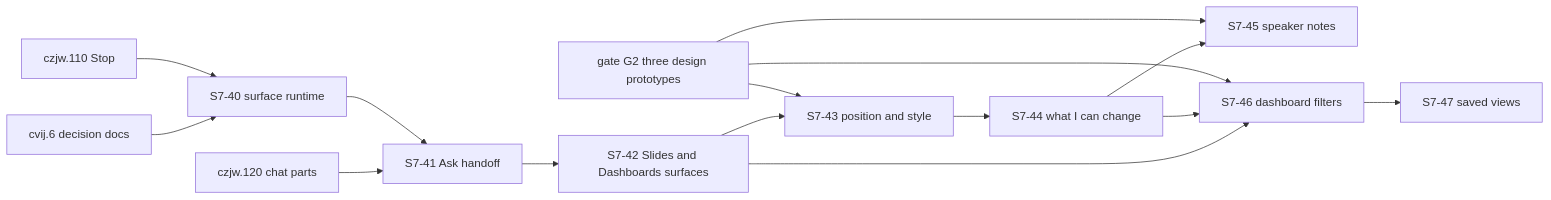
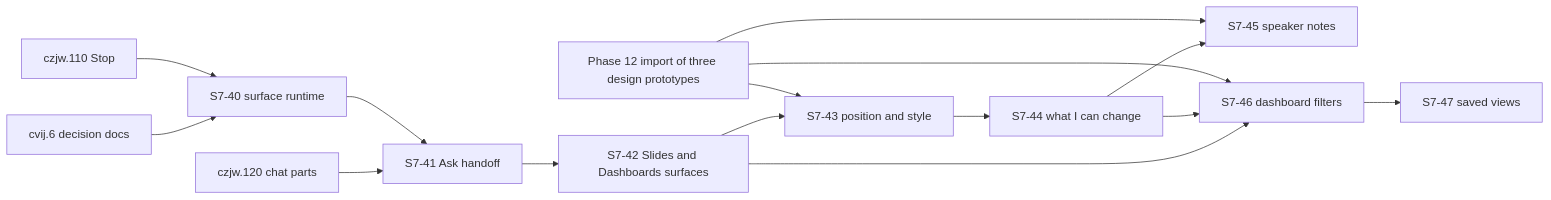
One commit to kenan-xin/genie-ops-center-v2 changed the second of 2 diagrams in docs/tickets/spec-7/README.md. Above: the diagram before and after it, drawn with Mermaid. The commit also changed other lines of this file and 76 other files, not shown here.

First line of the commit message:
docs(design): import the picked wave 5 prototypes

````diff
--- a/docs/tickets/spec-7/README.md
+++ b/docs/tickets/spec-7/README.md
@@ -127,17 +127,17 @@
 ```mermaid
 graph LR
   D0[cvij.6 decision docs] --> S40[S7-40 surface runtime]
   F1[czjw.110 Stop] --> S40
   F6[czjw.120 chat parts] --> S41
   S40 --> S41[S7-41 Ask handoff]
   S41 --> S42[S7-42 Slides and Dashboards surfaces]
   S42 --> S43[S7-43 position and style]
-  G2[gate G2 three design prototypes] --> S43
+  P12[Phase 12 import of three design prototypes] --> S43
   S43 --> S44[S7-44 what I can change]
   S44 --> S45[S7-45 speaker notes]
-  G2 --> S45
+  P12 --> S45
   S42 --> S46[S7-46 dashboard filters]
   S44 --> S46
-  G2 --> S46
+  P12 --> S46
   S46 --> S47[S7-47 saved views]
 ```
````
